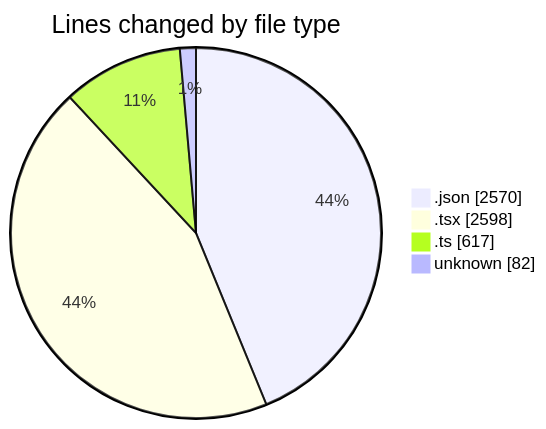
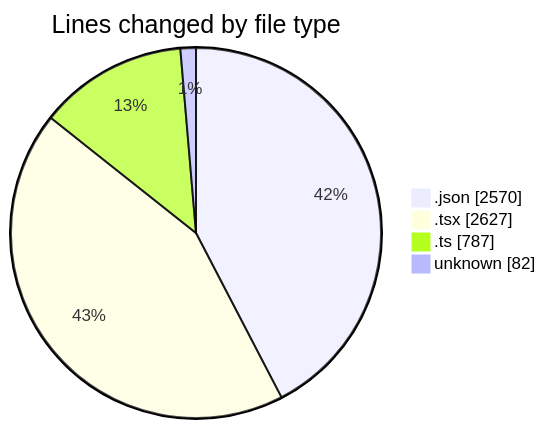
Before and after one commit to julien-gomy/code-tracking: the first of 2 diagrams in 2025-10-29/eventscop-frontend-guide__workspace_/README.md, drawn with Mermaid. The commit also changed other lines of this file and 1 other file, not shown here.

````diff
--- a/2025-10-29/eventscop-frontend-guide__workspace_/README.md
+++ b/2025-10-29/eventscop-frontend-guide__workspace_/README.md
@@ -53,8 +54,8 @@
 ```mermaid
 pie showData
 title Lines changed by file type
 ".json" : 2570
-".tsx" : 2598
-".ts" : 617
+".tsx" : 2627
+".ts" : 787
 "unknown" : 82
 ```
````
